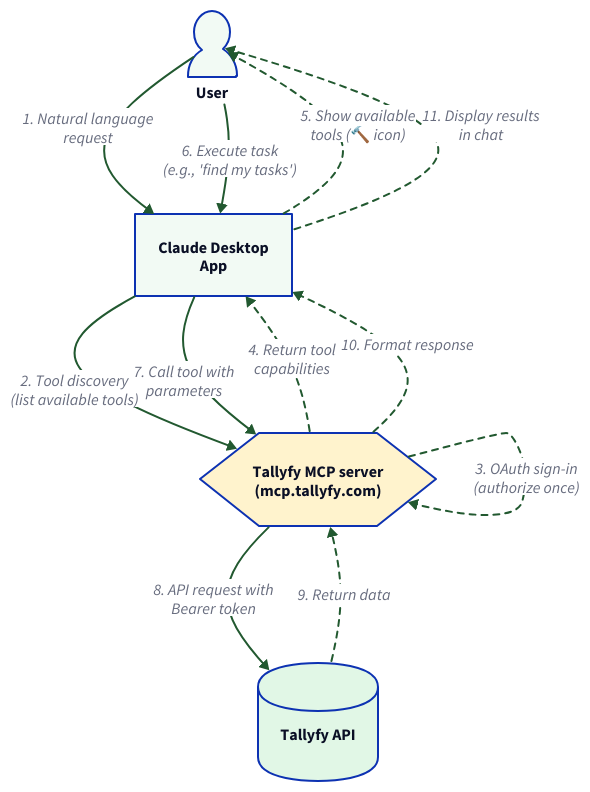
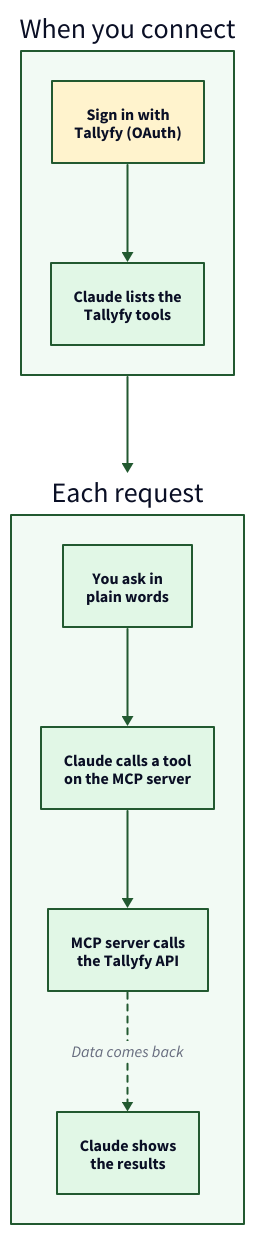
One commit to tallyfy/documentation changed the diagram in src/content/docs/pro/integrations/mcp-server/claude-anthropic/index.mdx. Above: the diagram before and after it, drawn with D2. The commit also changed 12 other files, not shown here.

First line of the commit message:
Redraw 14 diagrams on 13 help pages so their text reads at full size

````diff
--- a/src/content/docs/pro/integrations/mcp-server/claude-anthropic/index.mdx
+++ b/src/content/docs/pro/integrations/mcp-server/claude-anthropic/index.mdx
@@ -77,75 +77,57 @@
 ```d2
+# How Claude talks to the Tallyfy MCP server
 direction: down
 
-User: "User" {
-  shape: person
+Once: "When you connect" {
   style.fill: "#f2faf4"
+  style.stroke: "#225930"
+
+  Auth: "Sign in with\nTallyfy (OAuth)" {
+    style.fill: "#fff3cd"
+    style.stroke: "#225930"
+  }
+  Tools: "Claude lists the\nTallyfy tools" {
+    style.fill: "#e1f7e6"
+    style.stroke: "#225930"
+  }
+  Auth -> Tools: {
+    style.stroke: "#225930"
+  }
 }
 
-Claude: "Claude Desktop\nApp" {
-  shape: rectangle
+Each: "Each request" {
   style.fill: "#f2faf4"
+  style.stroke: "#225930"
+
+  Ask: "You ask in\nplain words" {
+    style.fill: "#e1f7e6"
+    style.stroke: "#225930"
+  }
+  Call: "Claude calls a tool\non the MCP server" {
+    style.fill: "#e1f7e6"
+    style.stroke: "#225930"
+  }
+  API: "MCP server calls\nthe Tallyfy API" {
+    style.fill: "#e1f7e6"
+    style.stroke: "#225930"
+  }
+  Show: "Claude shows\nthe results" {
+    style.fill: "#e1f7e6"
+    style.stroke: "#225930"
+  }
+  Ask -> Call: {
+    style.stroke: "#225930"
+  }
+  Call -> API: {
+    style.stroke: "#225930"
+  }
+  API -> Show: "Data comes back" {
+    style.stroke: "#225930"
+    style.stroke-dash: 3
+  }
 }
 
-MCP: "Tallyfy MCP server\n(mcp.tallyfy.com)" {
-  shape: hexagon
-  style.fill: "#fff3cd"
-}
-
-API: "Tallyfy API" {
-  shape: cylinder
-  style.fill: "#e1f7e6"
-}
-
-User -> Claude: "1. Natural language\nrequest" {
+Once -> Each: {
   style.stroke: "#225930"
 }
-
-Claude -> MCP: "2. Tool discovery\n(list available tools)" {
-  style.stroke: "#225930"
-}
-
-MCP -> MCP: "3. OAuth sign-in\n(authorize once)" {
-  style.stroke: "#225930"
-  style.stroke-dash: 3
-}
-
-MCP -> Claude: "4. Return tool\ncapabilities" {
-  style.stroke: "#225930"
-  style.stroke-dash: 3
-}
-
-Claude -> User: "5. Show available\ntools (🔨 icon)" {
-  style.stroke: "#225930"
-  style.stroke-dash: 3
-}
-
-User -> Claude: "6. Execute task\n(e.g., 'find my tasks')" {
-  style.stroke: "#225930"
-  style.stroke-width: 2
-}
-
-Claude -> MCP: "7. Call tool with\nparameters" {
-  style.stroke: "#225930"
-}
-
-MCP -> API: "8. API request with\nBearer token" {
-  style.stroke: "#225930"
-  style.stroke-width: 2
-}
-
-API -> MCP: "9. Return data" {
-  style.stroke: "#225930"
-  style.stroke-dash: 3
-}
-
-MCP -> Claude: "10. Format response" {
-  style.stroke: "#225930"
-  style.stroke-dash: 3
-}
-
-Claude -> User: "11. Display results\nin chat" {
-  style.stroke: "#225930"
-  style.stroke-dash: 3
-}
 ```
````
